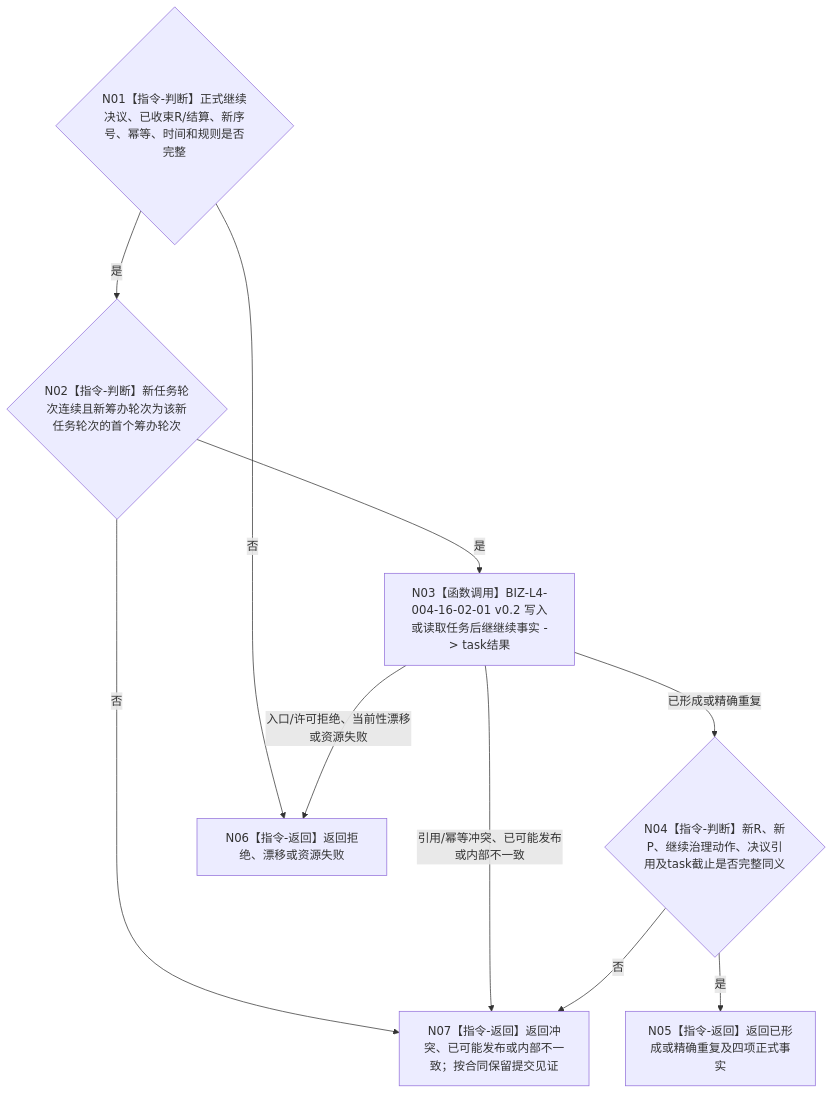
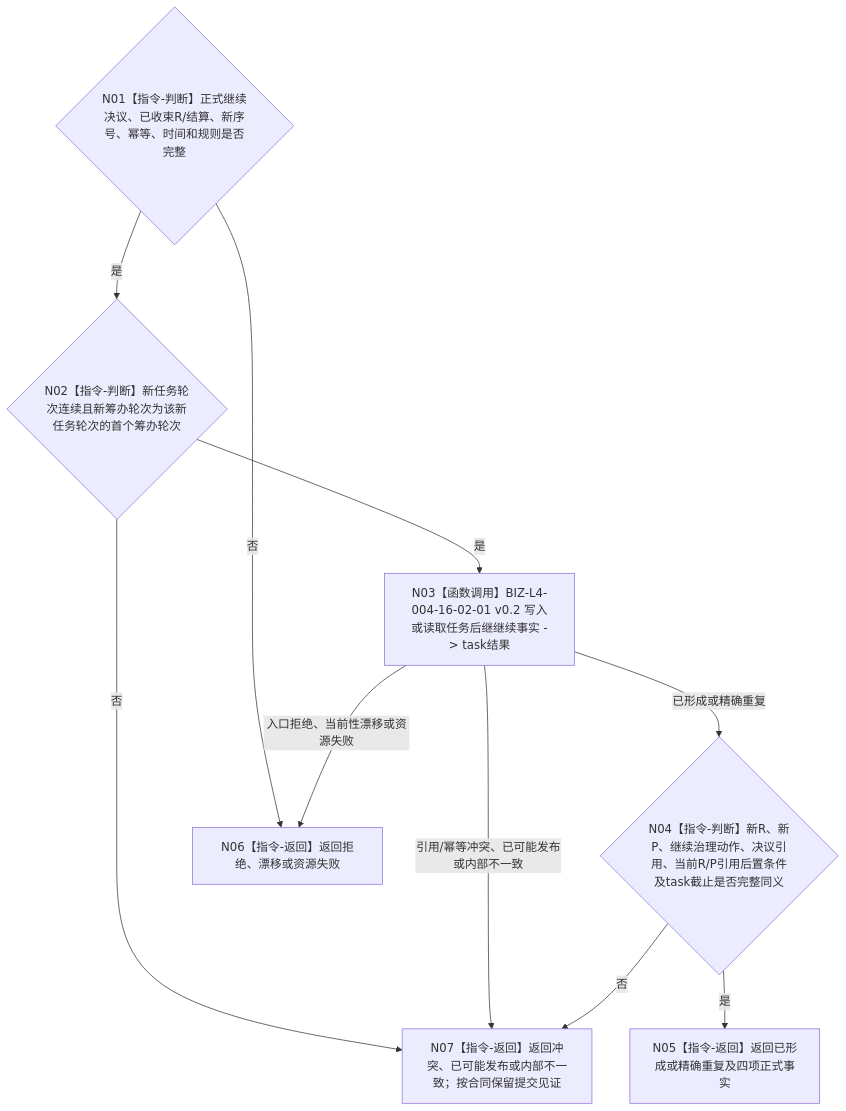
One commit to chunhaizh-cyber/HY-Ego changed the diagram in 流程图/目标业务流程图/L3/BIZ-L3-004-16-02_继续分支建立新任务轮次事实_目标函数流程图_v0.2.md. Above: the diagram before and after it, drawn with Mermaid. The commit also changed other lines of this file and 24 other files, not shown here.

````diff
--- a/流程图/目标业务流程图/L3/BIZ-L3-004-16-02_继续分支建立新任务轮次事实_目标函数流程图_v0.2.md
+++ b/流程图/目标业务流程图/L3/BIZ-L3-004-16-02_继续分支建立新任务轮次事实_目标函数流程图_v0.2.md
@@ -32,20 +32,20 @@
 ```mermaid
 flowchart TD
     N01{"N01【指令-判断】正式继续决议、已收束R/结算、新序号、幂等、时间和规则是否完整"}
     N02{"N02【指令-判断】新任务轮次连续且新筹办轮次为该新任务轮次的首个筹办轮次"}
     N03["N03【函数调用】BIZ-L4-004-16-02-01 v0.2 写入或读取任务后继继续事实 -> task结果"]
-    N04{"N04【指令-判断】新R、新P、继续治理动作、决议引用及task截止是否完整同义"}
+    N04{"N04【指令-判断】新R、新P、继续治理动作、决议引用、当前R/P引用后置条件及task截止是否完整同义"}
     N05["N05【指令-返回】返回已形成或精确重复及四项正式事实"]
     N06["N06【指令-返回】返回拒绝、漂移或资源失败"]
     N07["N07【指令-返回】返回冲突、已可能发布或内部不一致；按合同保留提交见证"]
 
     N01 -->|否| N06
     N01 -->|是| N02
     N02 -->|否| N07
     N02 -->|是| N03
     N03 -->|已形成或精确重复| N04
-    N03 -->|入口/许可拒绝、当前性漂移或资源失败| N06
+    N03 -->|入口拒绝、当前性漂移或资源失败| N06
     N03 -->|引用/幂等冲突、已可能发布或内部不一致| N07
     N04 -->|否| N07
     N04 -->|是| N05
 ```
````
